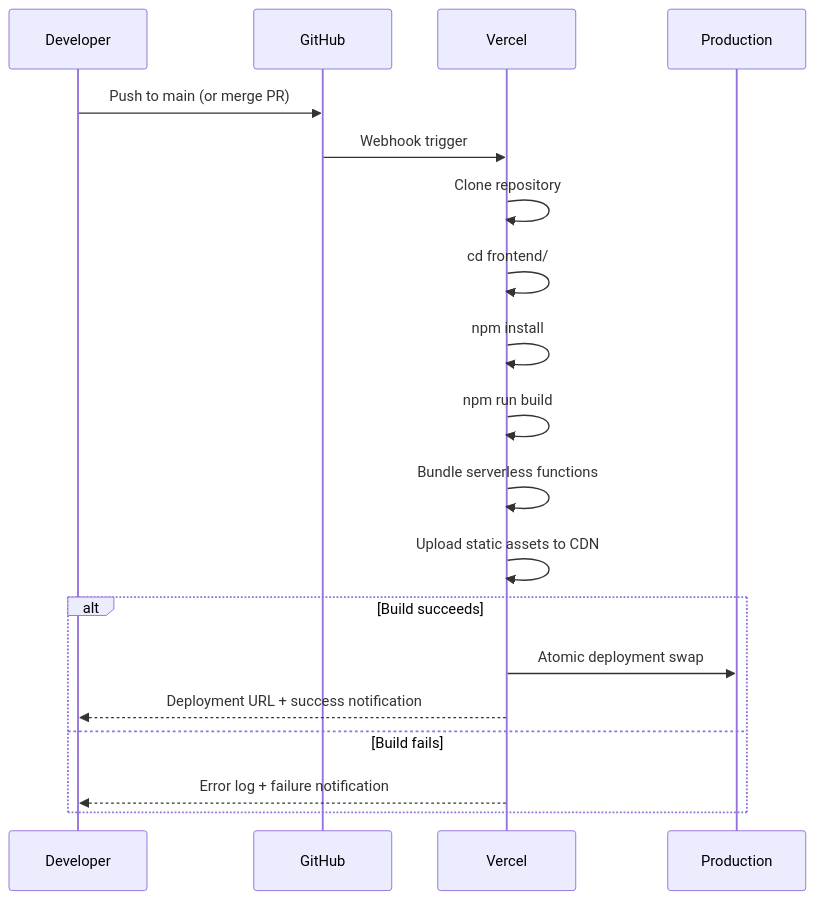
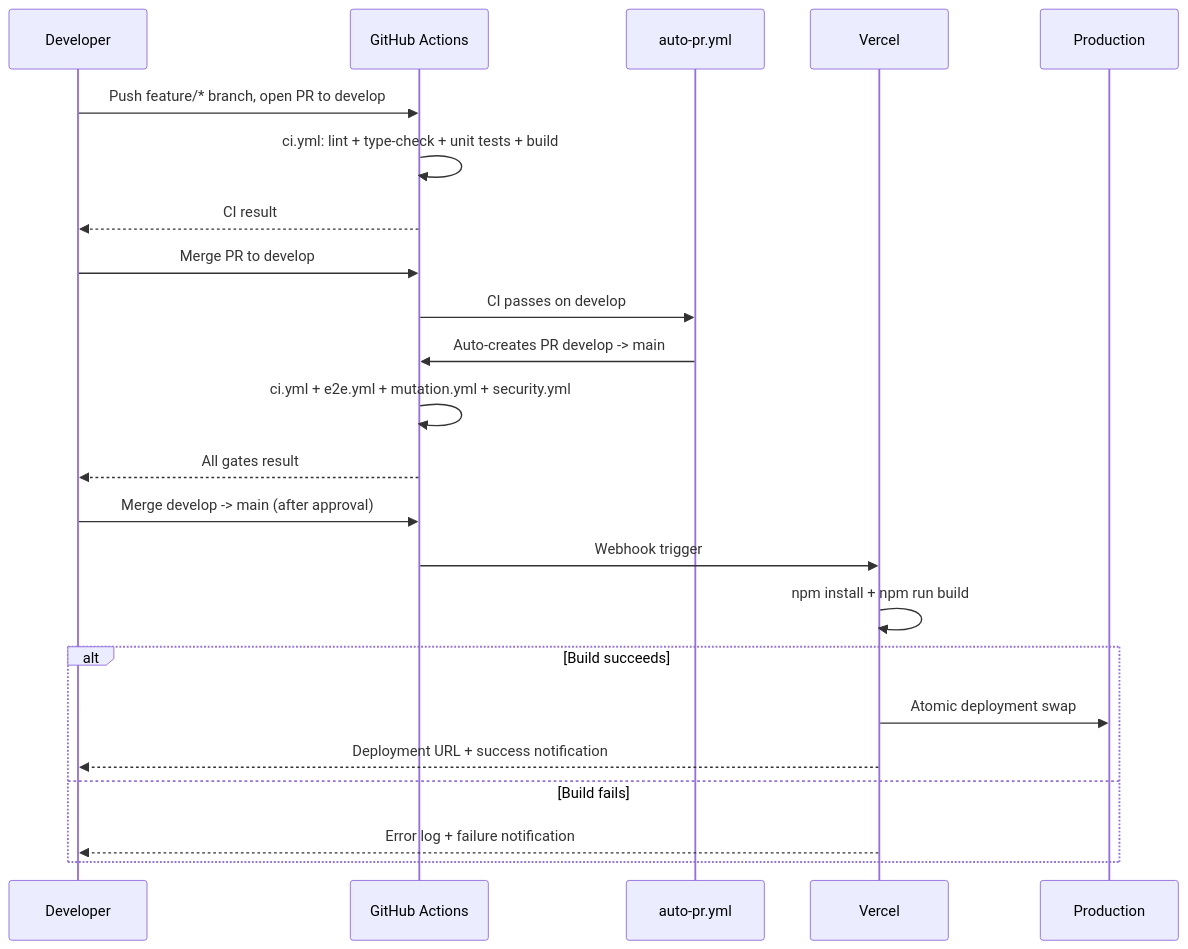
One commit to Oweeboi011/Fit-Ready-IQ changed the second of 8 diagrams in docs/wiki/DEPLOYMENT.md. Above: the diagram before and after it, drawn with Mermaid. The commit also changed other lines of this file and 17 other files, not shown here.

First line of the commit message:
ci: simplify to trunk-based flow and fix review bugs

````diff
--- a/docs/wiki/DEPLOYMENT.md
+++ b/docs/wiki/DEPLOYMENT.md
@@ -59,23 +61,26 @@
 ```mermaid
 sequenceDiagram
     participant Dev as Developer
-    participant GH as GitHub
+    participant GH as GitHub Actions
+    participant Auto as auto-pr.yml
     participant V as Vercel
     participant Prod as Production
 
-    Dev->>GH: Push to main (or merge PR)
+    Dev->>GH: Push feature/* branch, open PR to develop
+    GH->>GH: ci.yml: lint + type-check + unit tests + build
+    GH-->>Dev: CI result
+    Dev->>GH: Merge PR to develop
+    GH->>Auto: CI passes on develop
+    Auto->>GH: Auto-creates PR develop -> main
+    GH->>GH: ci.yml + e2e.yml + mutation.yml + security.yml
+    GH-->>Dev: All gates result
+    Dev->>GH: Merge develop -> main (after approval)
     GH->>V: Webhook trigger
-    V->>V: Clone repository
-    V->>V: cd frontend/
-    V->>V: npm install
-    V->>V: npm run build
-    V->>V: Bundle serverless functions
-    V->>V: Upload static assets to CDN
-
+    V->>V: npm install + npm run build
     alt Build succeeds
         V->>Prod: Atomic deployment swap
         V-->>Dev: Deployment URL + success notification
     else Build fails
         V-->>Dev: Error log + failure notification
     end
 ```
````
